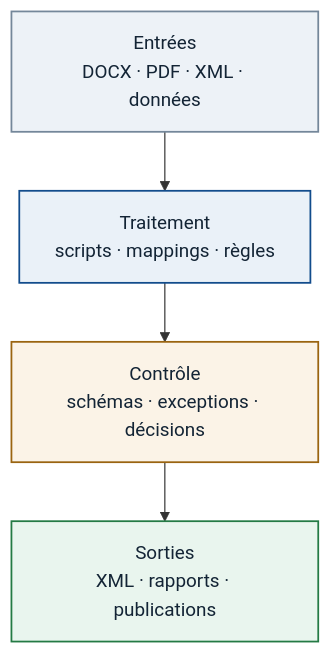
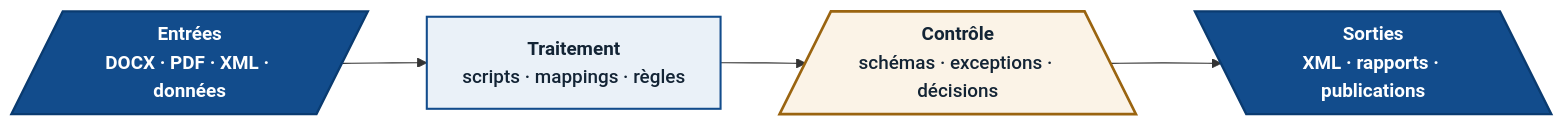
The diagram in assets/diagrams/sources/atelier-documentaire.mmd (Gooseppr/ppr_solution_site), drawn with Mermaid before and after one commit. The commit also changed 26 other files, not shown here.

```diff
--- a/assets/diagrams/sources/atelier-documentaire.mmd
+++ b/assets/diagrams/sources/atelier-documentaire.mmd
@@ -1,12 +1,15 @@
-flowchart TB
+flowchart LR
     accTitle: Méthode de l'atelier documentaire
     accDescr: Les entrées (documents, XML, données) passent par un traitement de scripts et mappings, un contrôle humain des exceptions, avant de produire les livrables finaux.
 
-    A["Entrées<br/>DOCX · PDF · XML · données"]:::neutral --> B["Traitement<br/>scripts · mappings · règles"]:::action
-    B --> C["Contrôle<br/>schémas · exceptions · décisions"]:::warning
-    C --> D["Sorties<br/>XML · rapports · publications"]:::success
+    A[/"`**Entrées**
+    DOCX · PDF · XML · données`"/]:::terminal --> B["`**Traitement**
+    scripts · mappings · règles`"]:::action
+    B --> C[/"`**Contrôle**
+    schémas · exceptions · décisions`"\]:::warning
+    C --> D[\"`**Sorties**
+    XML · rapports · publications`"\]:::terminal
 
-    classDef neutral fill:#edf2f7,stroke:#74879a,stroke-width:1.5px,color:#132435;
-    classDef action fill:#eaf1f8,stroke:#124c8c,stroke-width:1.5px,color:#132435;
-    classDef warning fill:#fbf3e7,stroke:#9a6410,stroke-width:1.5px,color:#132435;
-    classDef success fill:#e9f5ee,stroke:#247a45,stroke-width:1.5px,color:#132435;
+    classDef terminal fill:#124c8c,stroke:#0a3b70,stroke-width:2px,color:#ffffff,font-weight:700;
+    classDef action fill:#eaf1f8,stroke:#124c8c,stroke-width:1.75px,color:#132435,font-weight:500;
+    classDef warning fill:#fbf3e7,stroke:#9a6410,stroke-width:2.25px,color:#132435,font-weight:500;
```
